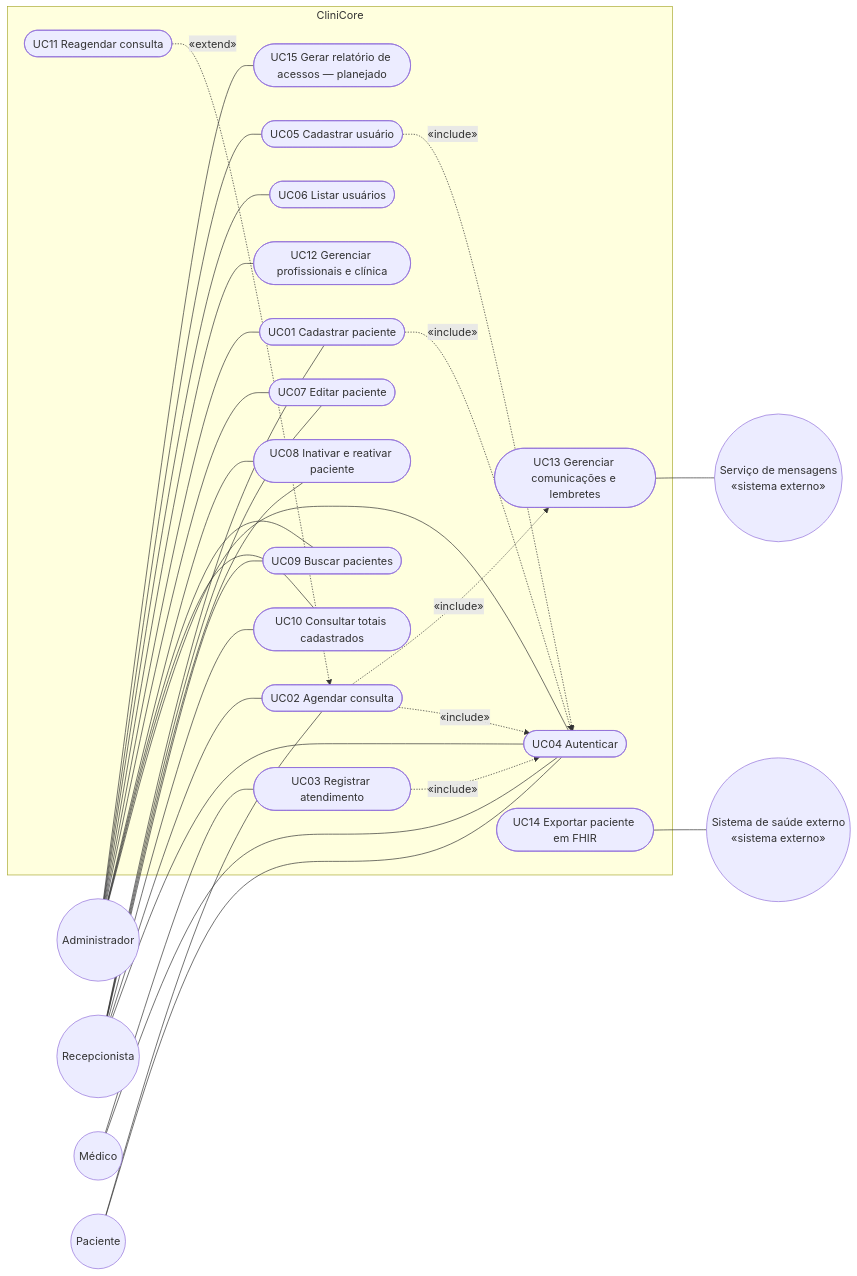
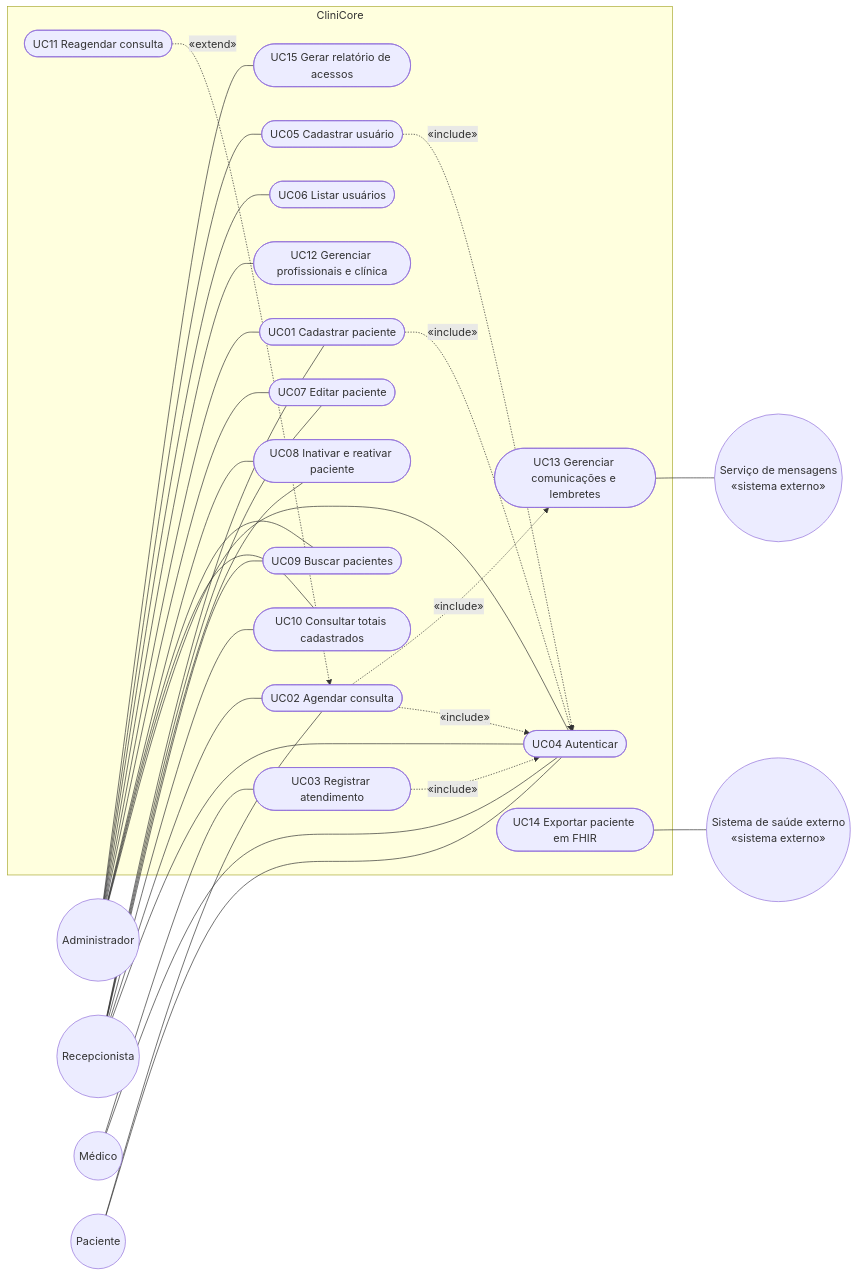
The diagram in docs/04-casos-de-uso/README.md (beatrizmontenegro07/projeto-metodos), drawn with Mermaid before and after one commit. The commit also changed other lines of this file and 9 other files, not shown here.

````diff
--- a/docs/04-casos-de-uso/README.md
+++ b/docs/04-casos-de-uso/README.md
@@ -10,57 +10,57 @@
 ```mermaid
 flowchart LR
     Administrador(("Administrador"))
     Recepcionista(("Recepcionista"))
     Medico(("Médico"))
     Paciente(("Paciente"))
     Mensagens(("Serviço de mensagens<br/>«sistema externo»"))
     SistemaExterno(("Sistema de saúde externo<br/>«sistema externo»"))
 
     subgraph CliniCore
         UC04(["UC04 Autenticar"])
         UC05(["UC05 Cadastrar usuário"])
         UC06(["UC06 Listar usuários"])
         UC12(["UC12 Gerenciar profissionais e clínica"])
         UC01(["UC01 Cadastrar paciente"])
         UC07(["UC07 Editar paciente"])
         UC08(["UC08 Inativar e reativar paciente"])
         UC09(["UC09 Buscar pacientes"])
         UC10(["UC10 Consultar totais cadastrados"])
         UC02(["UC02 Agendar consulta"])
         UC11(["UC11 Reagendar consulta"])
         UC13(["UC13 Gerenciar comunicações e lembretes"])
         UC03(["UC03 Registrar atendimento"])
-        UC15(["UC15 Gerar relatório de acessos — planejado"])
+        UC15(["UC15 Gerar relatório de acessos"])
         UC14(["UC14 Exportar paciente em FHIR"])
     end
 
     Administrador --- UC15
     Administrador --- UC05
     Administrador --- UC06
     Administrador --- UC12
     Administrador --- UC01
     Administrador --- UC07
     Administrador --- UC08
     Administrador --- UC09
     Administrador --- UC10
     Recepcionista --- UC01
     Recepcionista --- UC07
     Recepcionista --- UC08
     Recepcionista --- UC09
     Recepcionista --- UC10
     Recepcionista --- UC02
     Paciente --- UC02
     Medico --- UC03
     Administrador --- UC04
     Recepcionista --- UC04
     Medico --- UC04
     Paciente --- UC04
     UC11 -. "«extend»" .-> UC02
     UC02 -. "«include»" .-> UC13
     UC13 --- Mensagens
     UC14 --- SistemaExterno
     UC01 -. "«include»" .-> UC04
     UC05 -. "«include»" .-> UC04
     UC02 -. "«include»" .-> UC04
     UC03 -. "«include»" .-> UC04
 ```
````
